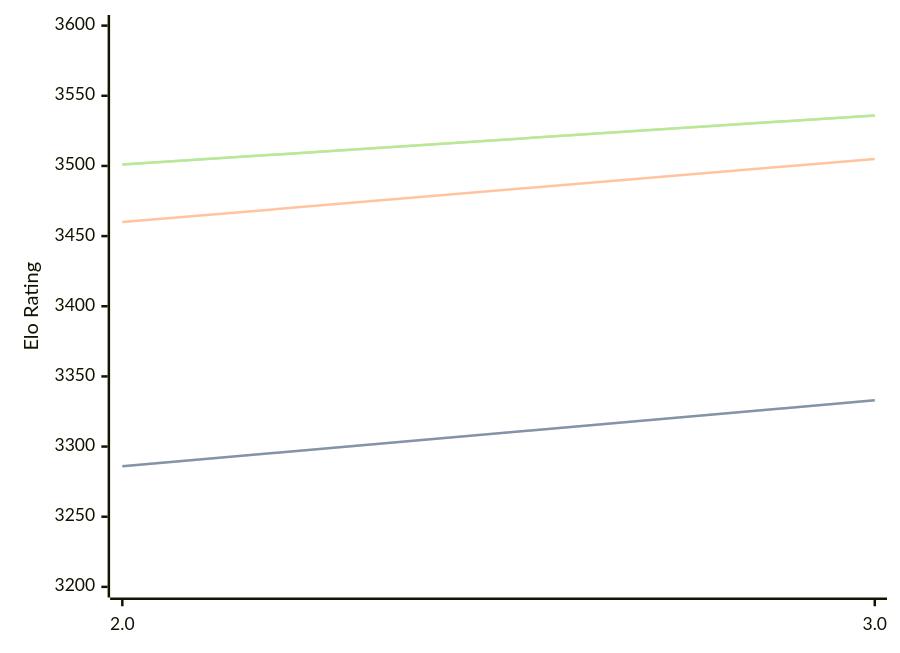
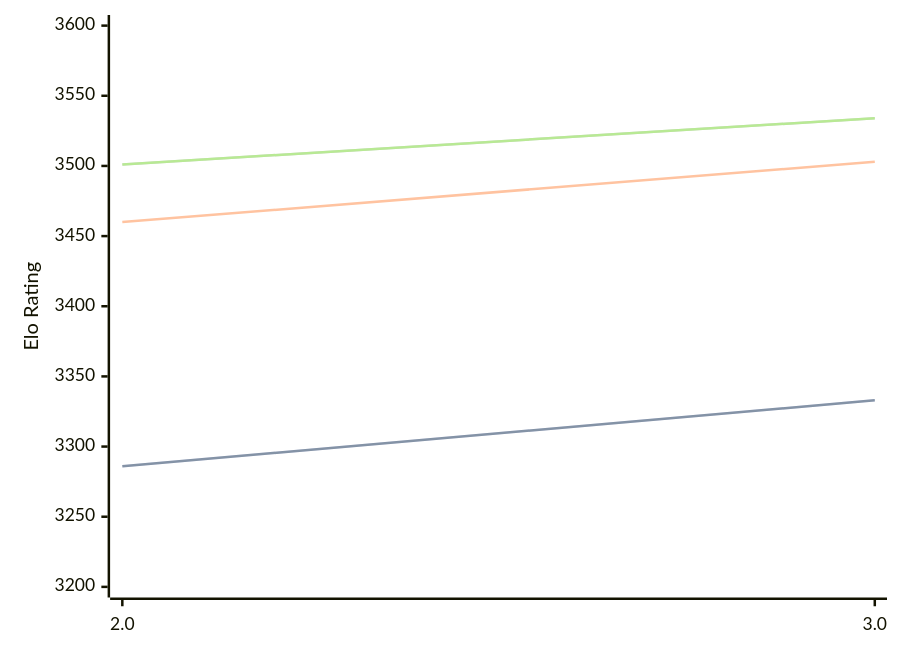
Before and after one commit to computer-chess-index/cci: the diagram in engines/Quanticade.md, drawn with Mermaid. The commit also changed other lines of this file, not shown here.

Commit message:
Update CCI Ratings (ELO VLTC) - 2026-08-07

````diff
--- a/engines/Quanticade.md
+++ b/engines/Quanticade.md
@@ -32,11 +32,11 @@
 ```mermaid
 %%{init: {"theme":"base","themeVariables":{"seriesColors:['#a3a3a3','#222221','#faa371']}}}%%
 xychart-beta
   x-axis ["2.0", "3.0"]
   y-axis "Elo Rating" 3200 --> 3600
   line "STC (8.0+0.08s)" [3286, 3333]
   line "STC (8.0+0.08s)" [3286, 3333]
-  line "LTC (60.0+0.60s)" [3460, 3505]
-  line "VLTC (2m24s+1.12s)" [3501, 3536]
-  line "VLTC (2m24s+1.12s)" [3501, 3536]
+  line "LTC (60.0+0.60s)" [3460, 3503]
+  line "VLTC (2m24s+1.12s)" [3501, 3534]
+  line "VLTC (2m24s+1.12s)" [3501, 3534]
 ```
````
